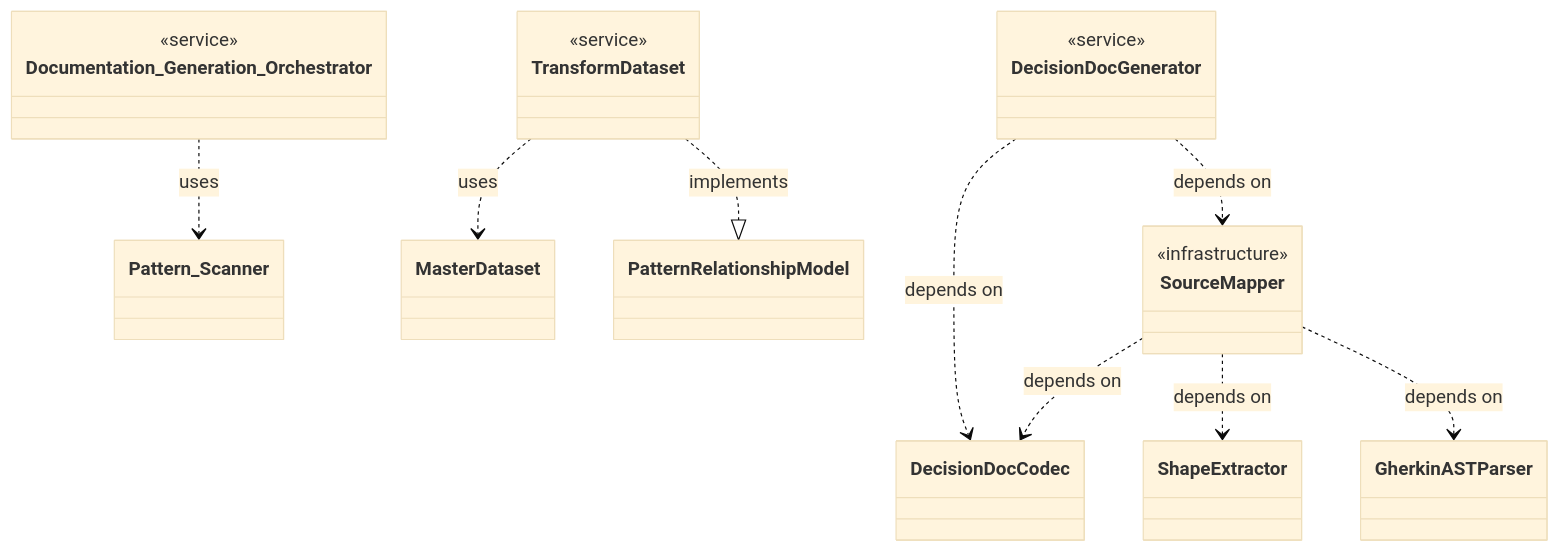
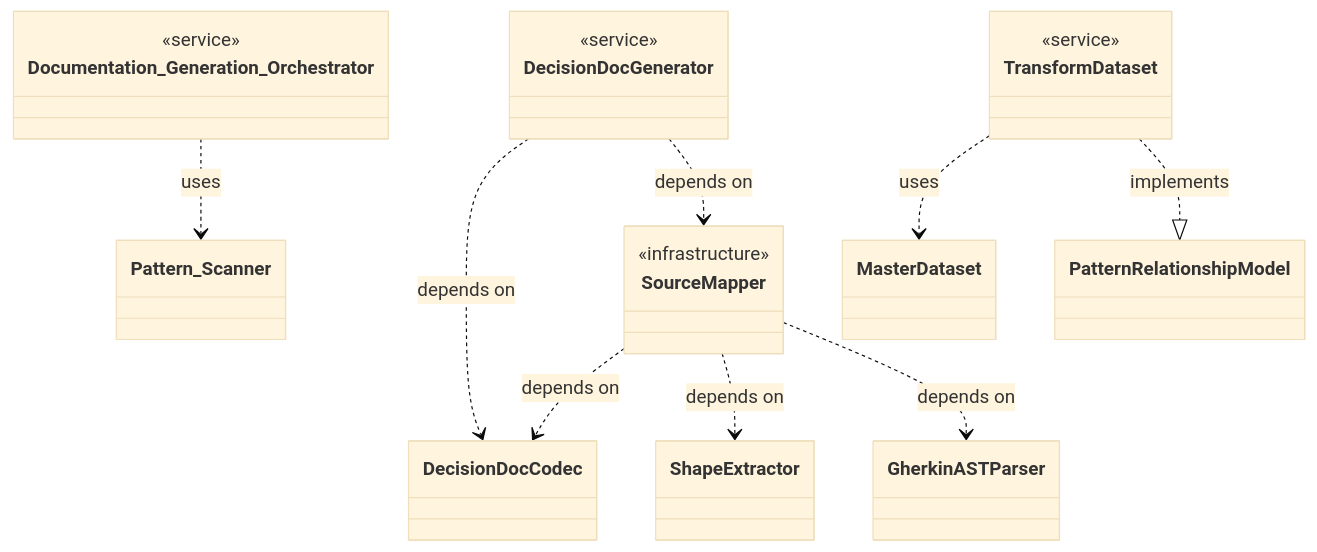
The third of 6 diagrams in docs-live/reference/REFERENCE-SAMPLE.md (libar-dev/architect), drawn with Mermaid (base theme) before and after one commit. The commit also changed other lines of this file and 9 other files, not shown here.

First line of the commit message:
feat: implement ReadmeRationalization (Phase 42, roadmap→active)

````diff
--- a/docs-live/reference/REFERENCE-SAMPLE.md
+++ b/docs-live/reference/REFERENCE-SAMPLE.md
@@ -243,29 +243,29 @@
 ```mermaid
 classDiagram
     class SourceMapper {
         <<infrastructure>>
     }
     class Documentation_Generation_Orchestrator {
         <<service>>
     }
+    class DecisionDocGenerator {
+        <<service>>
+    }
     class TransformDataset {
         <<service>>
     }
-    class DecisionDocGenerator {
-        <<service>>
-    }
     class MasterDataset
+    class ShapeExtractor
     class Pattern_Scanner
     class GherkinASTParser
-    class ShapeExtractor
     class DecisionDocCodec
     class PatternRelationshipModel
     SourceMapper ..> DecisionDocCodec : depends on
     SourceMapper ..> ShapeExtractor : depends on
     SourceMapper ..> GherkinASTParser : depends on
     Documentation_Generation_Orchestrator ..> Pattern_Scanner : uses
+    DecisionDocGenerator ..> DecisionDocCodec : depends on
+    DecisionDocGenerator ..> SourceMapper : depends on
     TransformDataset ..> MasterDataset : uses
     TransformDataset ..|> PatternRelationshipModel : implements
-    DecisionDocGenerator ..> DecisionDocCodec : depends on
-    DecisionDocGenerator ..> SourceMapper : depends on
 ```
````
